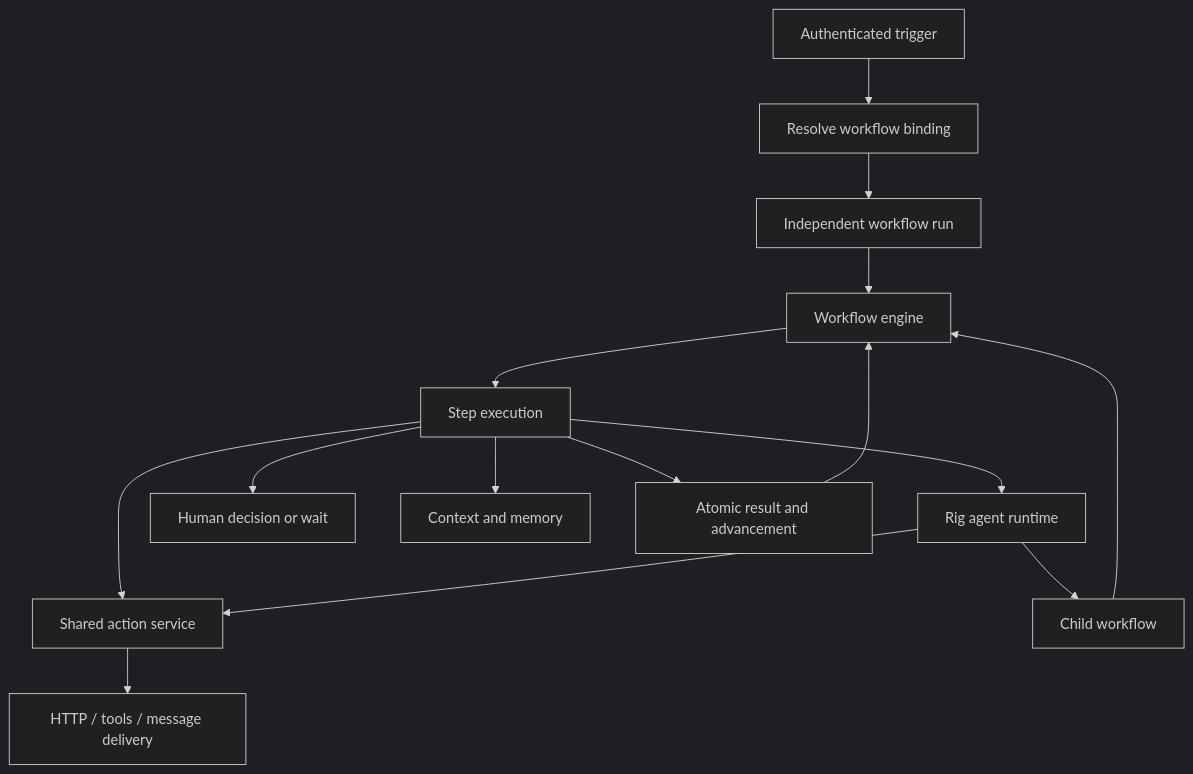
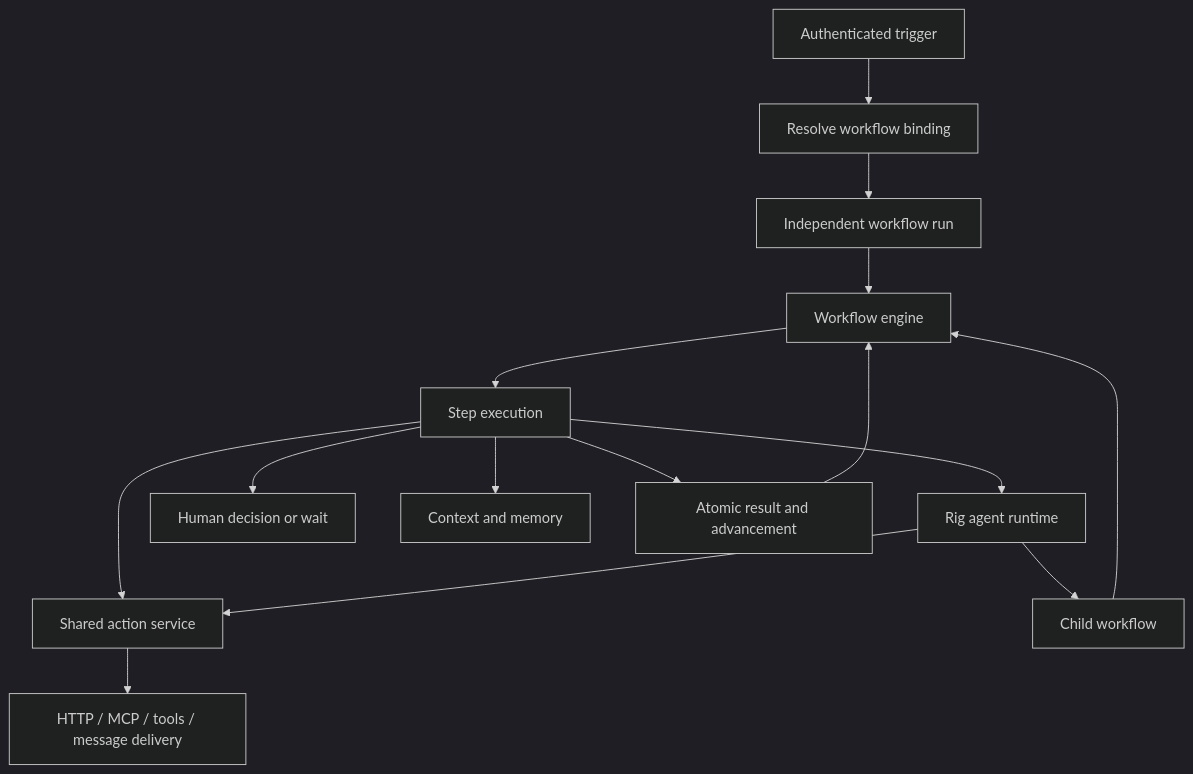
One commit to matjazonline/openbot changed the diagram in plan/workflow-foundation/01-architecture-and-domain.md. Above: the diagram before and after it, drawn with Mermaid (dark theme). The commit also changed 6 other files, not shown here.

````diff
--- a/plan/workflow-foundation/01-architecture-and-domain.md
+++ b/plan/workflow-foundation/01-architecture-and-domain.md
@@ -11,17 +11,17 @@
 ```mermaid
 flowchart TD
     A[Authenticated trigger] --> B[Resolve workflow binding]
     B --> C[Independent workflow run]
     C --> D[Workflow engine]
     D --> E[Step execution]
     E --> F[Rig agent runtime]
     E --> G[Human decision or wait]
     E --> H[Context and memory]
     E --> I[Shared action service]
     F --> I
     F --> J[Child workflow]
     J --> D
-    I --> K[HTTP / tools / message delivery]
+    I --> K[HTTP / MCP / tools / message delivery]
     E --> L[Atomic result and advancement]
     L --> D
 ```
````
